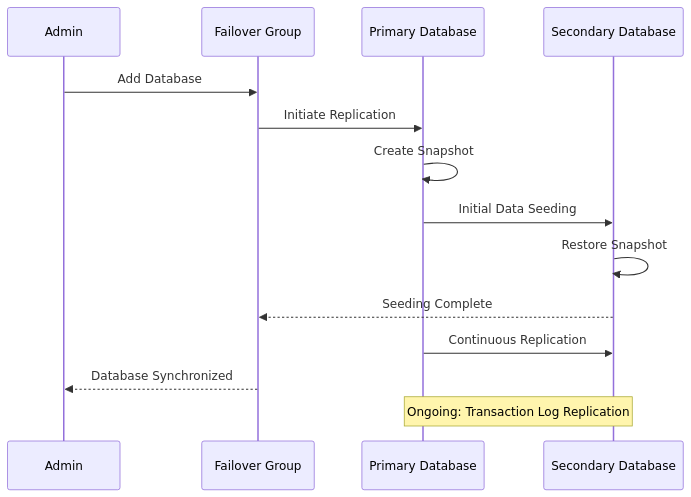
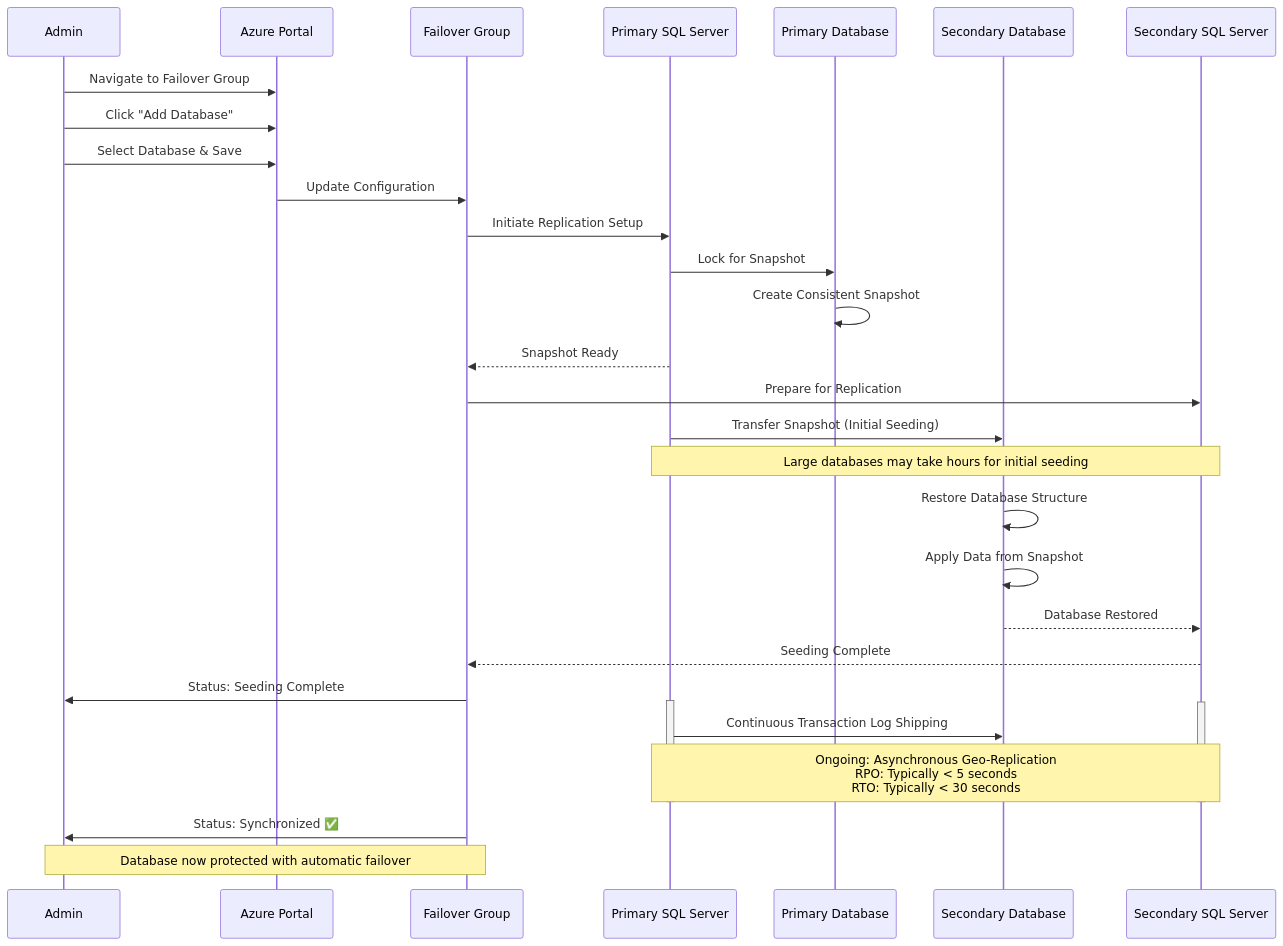
The eighth of 8 diagrams in transcribe/Deployment-Azure-Prod.md (NguyenPhamCode4You/ai-home-lab-docker-compose), drawn with Mermaid before and after one commit. The commit also changed other lines of this file, not shown here.

````diff
--- a/transcribe/Deployment-Azure-Prod.md
+++ b/transcribe/Deployment-Azure-Prod.md
@@ -1078,18 +1084,44 @@
 ```mermaid
 sequenceDiagram
     participant Admin
+    participant Portal as Azure Portal
     participant FG as Failover Group
-    participant Primary as Primary Database
-    participant Secondary as Secondary Database
+    participant Primary as Primary SQL Server
+    participant PDB as Primary Database
+    participant SDB as Secondary Database
+    participant Secondary as Secondary SQL Server
 
-    Admin->>FG: Add Database
-    FG->>Primary: Initiate Replication
-    Primary->>Primary: Create Snapshot
-    Primary->>Secondary: Initial Data Seeding
-    Secondary->>Secondary: Restore Snapshot
+    Admin->>Portal: Navigate to Failover Group
+    Admin->>Portal: Click "Add Database"
+    Admin->>Portal: Select Database & Save
+
+    Portal->>FG: Update Configuration
+    FG->>Primary: Initiate Replication Setup
+
+    Primary->>PDB: Lock for Snapshot
+    PDB->>PDB: Create Consistent Snapshot
+    Primary-->>FG: Snapshot Ready
+
+    FG->>Secondary: Prepare for Replication
+    Primary->>SDB: Transfer Snapshot (Initial Seeding)
+
+    Note over Primary,Secondary: Large databases may take hours for initial seeding
+
+    SDB->>SDB: Restore Database Structure
+    SDB->>SDB: Apply Data from Snapshot
+    SDB-->>Secondary: Database Restored
+
     Secondary-->>FG: Seeding Complete
-    Primary->>Secondary: Continuous Replication
-    FG-->>Admin: Database Synchronized
+    FG->>Admin: Status: Seeding Complete
 
-    Note over Primary,Secondary: Ongoing: Transaction Log Replication
+    activate Primary
+    activate Secondary
+    Primary->>SDB: Continuous Transaction Log Shipping
+    Note over Primary,Secondary: Ongoing: Asynchronous Geo-Replication<br/>RPO: Typically < 5 seconds<br/>RTO: Typically < 30 seconds
+    deactivate Primary
+    deactivate Secondary
+
+    FG->>Admin: Status: Synchronized ✅
+
+    Note over Admin,FG: Database now protected with automatic failover
 ```
````
